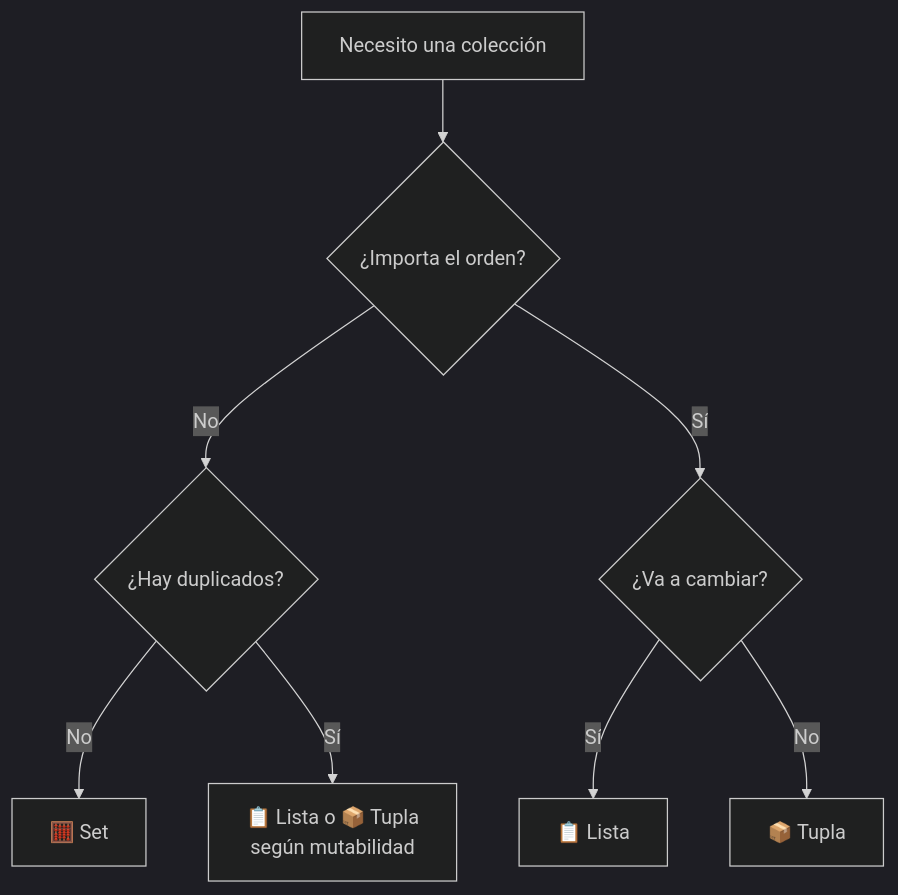
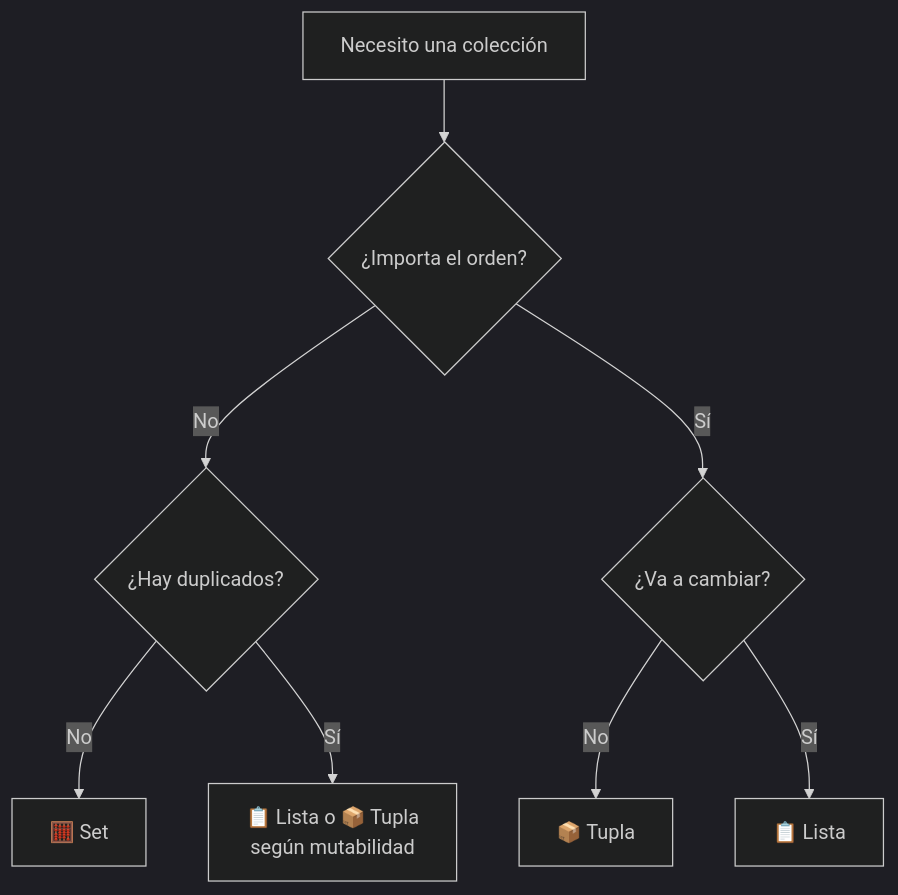
One commit to MaxiNunez24/pensamiento-computacional-testing-2026 changed the diagram in docs/clases/python/tuplas_sets.md. Above: the diagram before and after it, drawn with Mermaid (dark theme). The commit also changed other lines of this file, not shown here.

````diff
--- a/docs/clases/python/tuplas_sets.md
+++ b/docs/clases/python/tuplas_sets.md
@@ -516,10 +519,10 @@
 ```mermaid
 graph TD
     A[Necesito una colección] --> B{¿Importa el orden?}
     B -->|No| C{¿Hay duplicados?}
     B -->|Sí| D{¿Va a cambiar?}
     C -->|No| E[🧮 Set]
     C -->|Sí| F[📋 Lista o 📦 Tupla<br/>según mutabilidad]
+    D -->|No| H[📦 Tupla]
     D -->|Sí| G[📋 Lista]
-    D -->|No| H[📦 Tupla]
 ```
````
